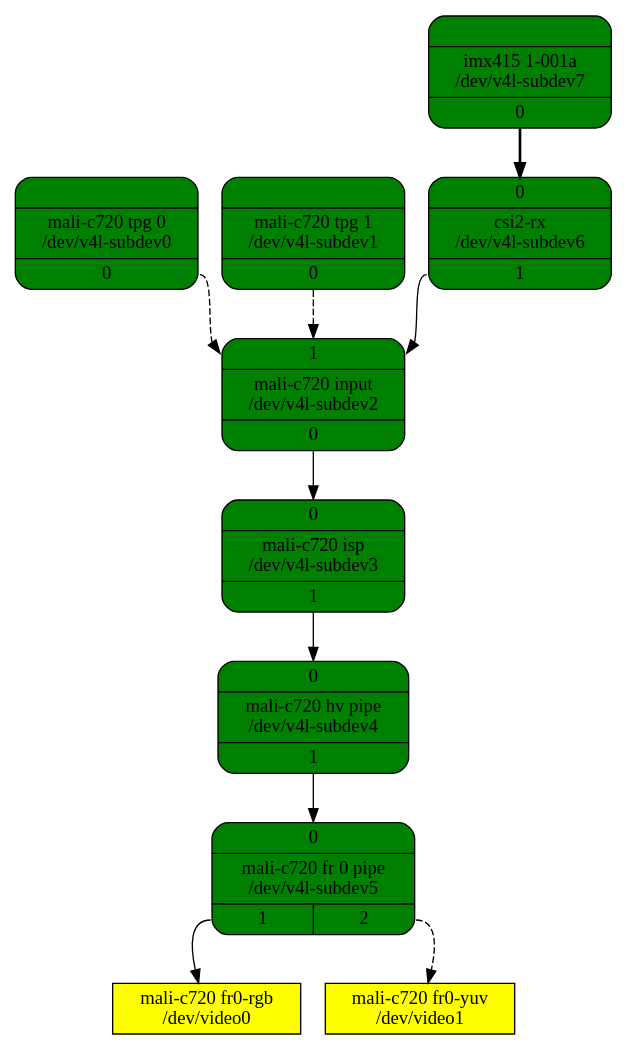
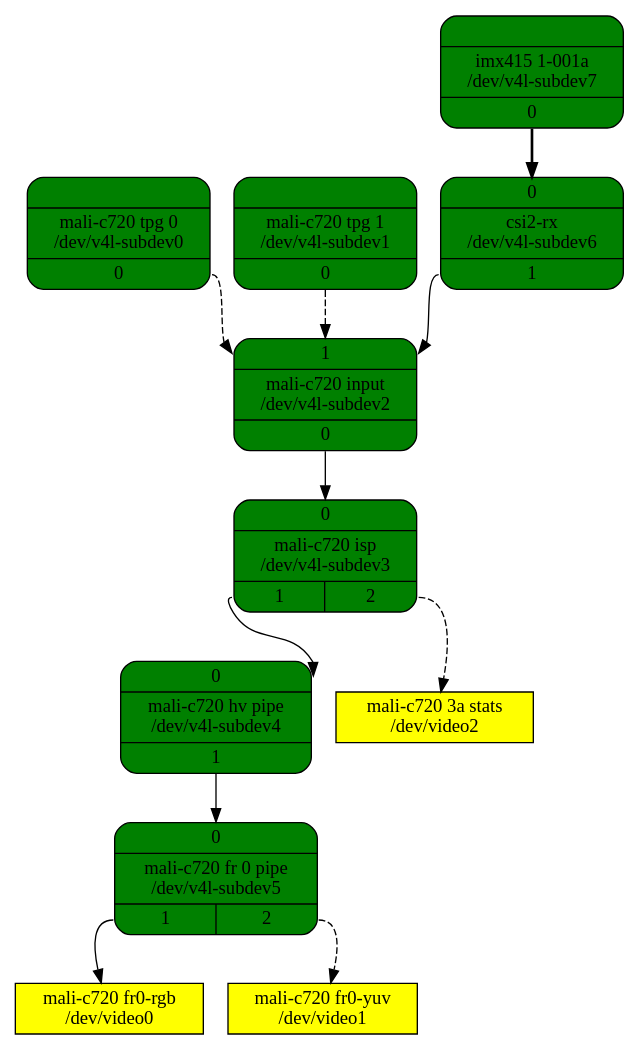
The diagram in Documentation/admin-guide/media/mali-c720-graph.dot (intel-lab-lkp/linux), drawn with Graphviz before and after one commit. The commit also changed 5 other files, not shown here.

```diff
--- a/Documentation/admin-guide/media/mali-c720-graph.dot
+++ b/Documentation/admin-guide/media/mali-c720-graph.dot
@@ -1,22 +1,24 @@
 digraph board {
         rankdir=TB
         n00000001 [label="{{} | mali-c720 tpg 0\n/dev/v4l-subdev0 | {<port0> 0}}", shape=Mrecord, style=filled, fillcolor=green]
         n00000001:port0 -> n00000009:port1 [style=dashed]
         n00000003 [label="{{} | mali-c720 tpg 1\n/dev/v4l-subdev1 | {<port0> 0}}", shape=Mrecord, style=filled, fillcolor=green]
         n00000003:port0 -> n00000009:port1 [style=dashed]
         n00000009 [label="{{<port1> 1} | mali-c720 input\n/dev/v4l-subdev2 | {<port0> 0}}", shape=Mrecord, style=filled, fillcolor=green]
         n00000009:port0 -> n0000000c:port0
-        n0000000c [label="{{<port0> 0} | mali-c720 isp\n/dev/v4l-subdev3 | {<port1> 1}}", shape=Mrecord, style=filled, fillcolor=green]
+        n0000000c [label="{{<port0> 0} | mali-c720 isp\n/dev/v4l-subdev3 | {<port1> 1 | <port2> 2}}", shape=Mrecord, style=filled, fillcolor=green]
         n0000000c:port1 -> n00000014:port0
+        n0000000c:port2 -> n0000006c [style=dashed]
         n00000014 [label="{{<port0> 0} | mali-c720 hv pipe\n/dev/v4l-subdev4 | {<port1> 1}}", shape=Mrecord, style=filled, fillcolor=green]
         n00000014:port1 -> n0000001c:port0
         n0000001c [label="{{<port0> 0} | mali-c720 fr 0 pipe\n/dev/v4l-subdev5 | {<port1> 1 | <port2> 2}}", shape=Mrecord, style=filled, fillcolor=green]
         n0000001c:port1 -> n00000038
         n0000001c:port2 -> n0000003c [style=dashed]
         n00000038 [label="mali-c720 fr0-rgb\n/dev/video0", shape=box, style=filled, fillcolor=yellow]
         n0000003c [label="mali-c720 fr0-yuv\n/dev/video1", shape=box, style=filled, fillcolor=yellow]
+        n0000006c [label="mali-c720 3a stats\n/dev/video2", shape=box, style=filled, fillcolor=yellow]
         n00000074 [label="{{<port0> 0} | csi2-rx\n/dev/v4l-subdev6 | {<port1> 1}}", shape=Mrecord, style=filled, fillcolor=green]
         n00000074:port1 -> n00000009:port1
         n00000079 [label="{{} | imx415 1-001a\n/dev/v4l-subdev7 | {<port0> 0}}", shape=Mrecord, style=filled, fillcolor=green]
         n00000079:port0 -> n00000074:port0 [style=bold]
 }
```
